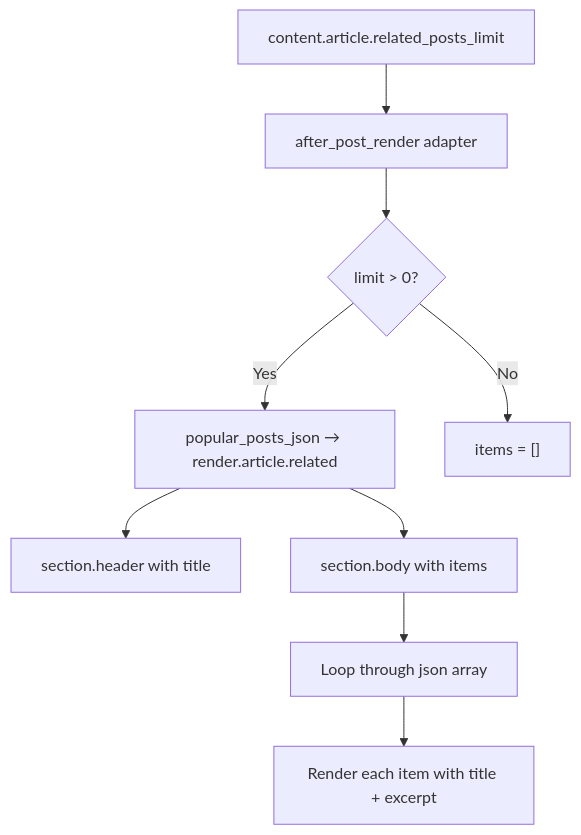
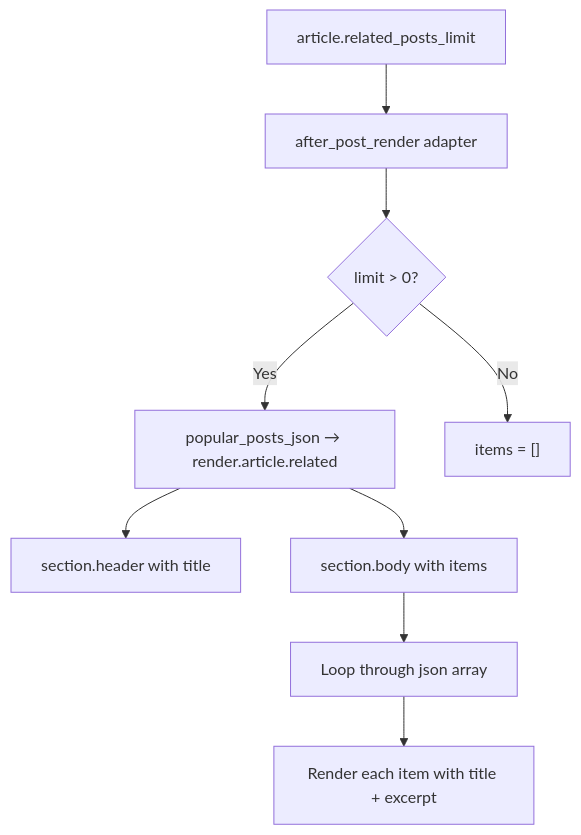
The first of 8 diagrams in docs/knowledge/03-内容系统/related-content.md (xaoxuu/hexo-theme-stellar), drawn with Mermaid before and after one commit. The commit also changed other lines of this file and 42 other files, not shown here.

````diff
--- a/docs/knowledge/03-内容系统/related-content.md
+++ b/docs/knowledge/03-内容系统/related-content.md
@@ -47,19 +47,19 @@
 ```mermaid
 flowchart TD
-    CONFIG["content.article.related_posts_limit"]
+    CONFIG["article.related_posts_limit"]
     HELPER["after_post_render adapter"]
     CHECK{"limit > 0?"}
     GENERATE["popular_posts_json → render.article.related"]
     RETURN["items = []"]
     
     CONFIG --> HELPER
     HELPER --> CHECK
     CHECK -->|"Yes"| GENERATE
     CHECK -->|"No"| RETURN
     
     GENERATE --> HEADER["section.header with title"]
     GENERATE --> BODY["section.body with items"]
     
     BODY --> ITEMS["Loop through json array"]
     ITEMS --> ITEM["Render each item with title + excerpt"]
 ```
````
